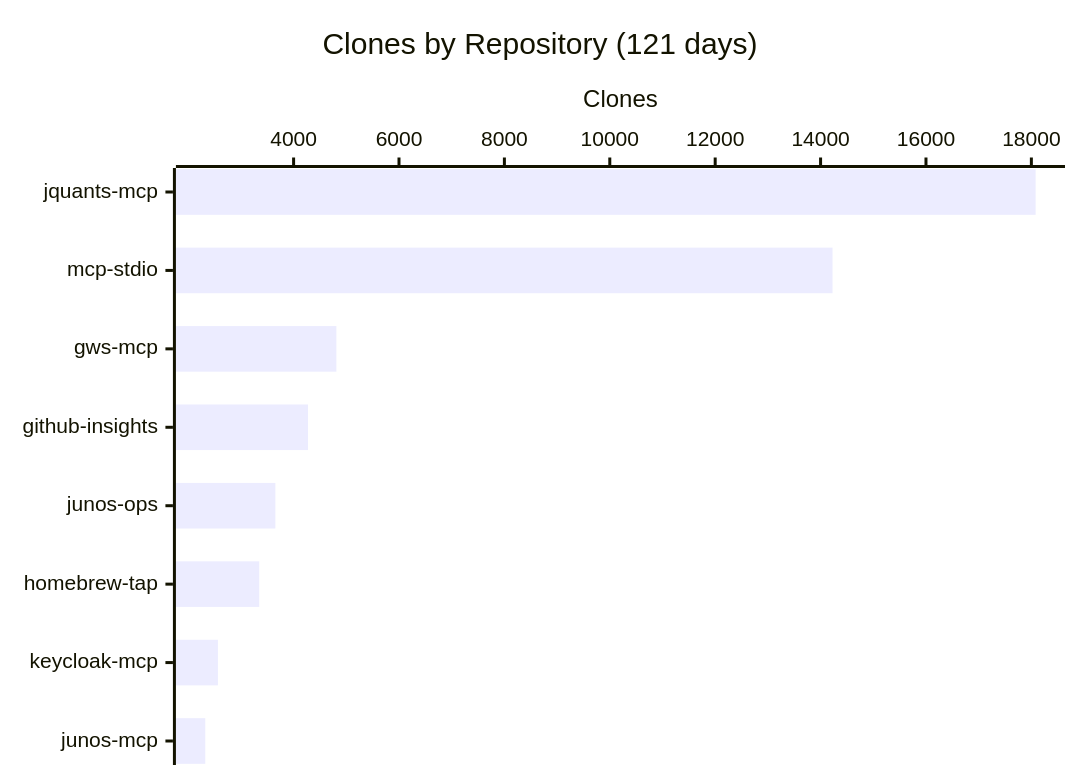
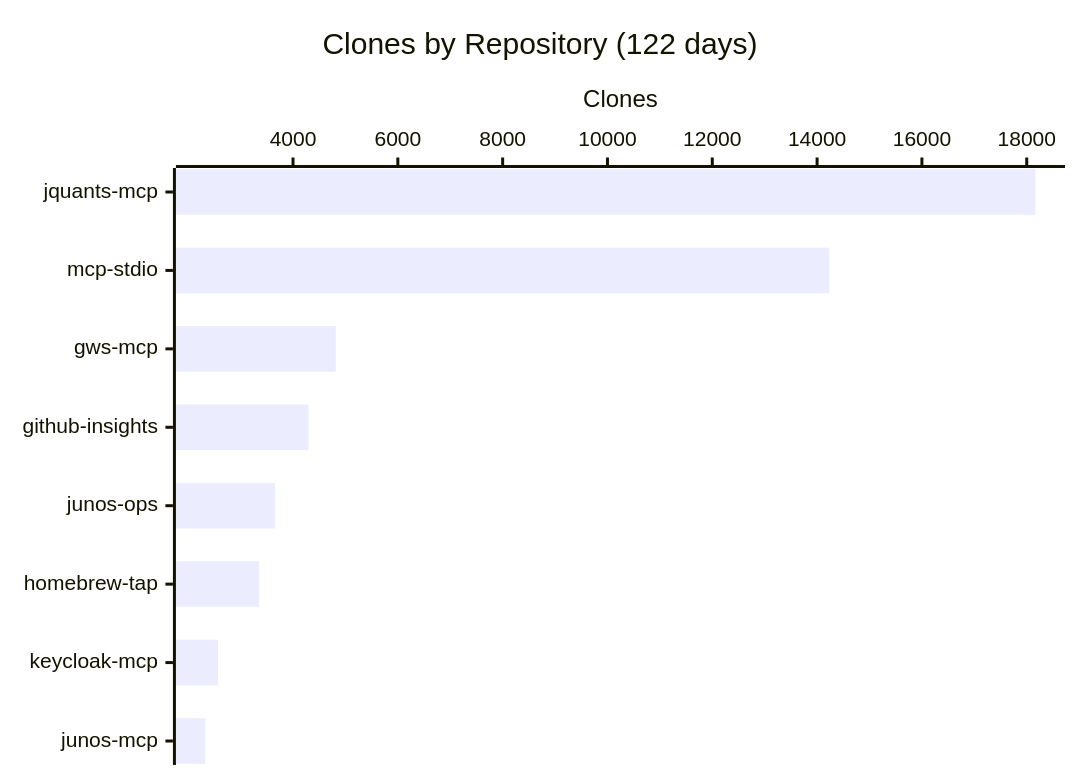
One commit to shigechika/github-insights changed the fourth of 4 diagrams in README.md. Above: the diagram before and after it, drawn with Mermaid. The commit also changed other lines of this file and 2 other files, not shown here.

````diff
--- a/README.md
+++ b/README.md
@@ -58,7 +58,7 @@
 ```mermaid
 xychart-beta horizontal
-    title "Clones by Repository (121 days)"
+    title "Clones by Repository (122 days)"
     x-axis ["jquants-mcp", "mcp-stdio", "gws-mcp", "github-insights", "junos-ops", "homebrew-tap", "keycloak-mcp", "junos-mcp"]
     y-axis "Clones"
-    bar [18081, 14227, 4812, 4274, 3654, 3348, 2564, 2324]
+    bar [18170, 14233, 4816, 4296, 3657, 3352, 2569, 2326]
 ```
````
